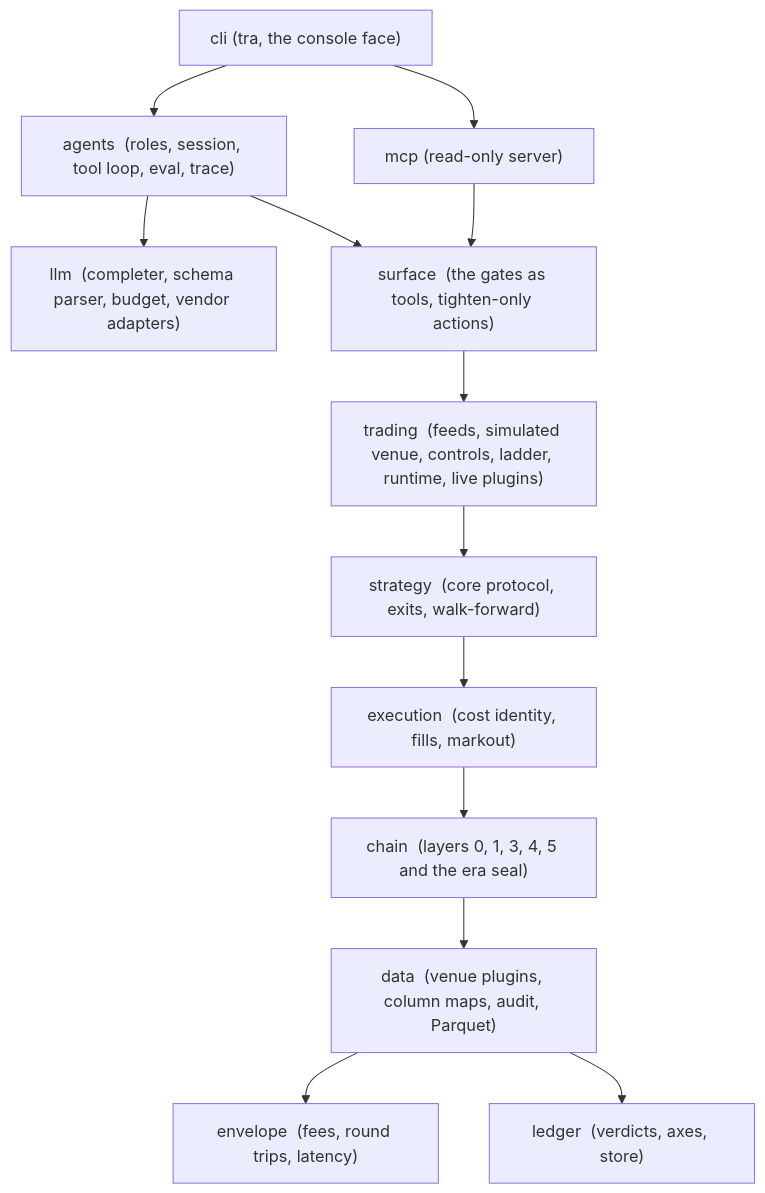
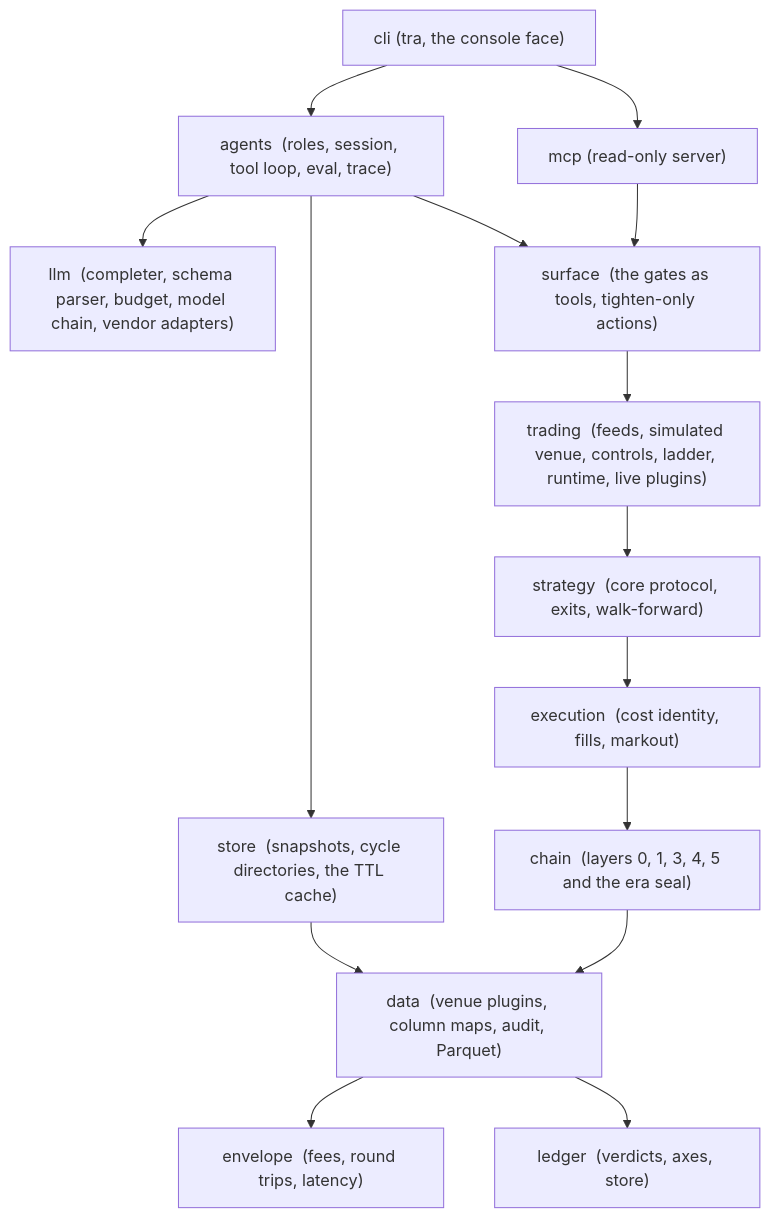
Before and after one commit to BijectiveLabs/bitra: the fourth of 4 diagrams in README.md, drawn with Mermaid. The commit also changed other lines of this file and 4 other files, not shown here.

````diff
--- a/README.md
+++ b/README.md
@@ -236,15 +235,17 @@
 ```mermaid
 flowchart TB
     cli["cli  (tra, the console face)"] --> agents["agents  (roles, session, tool loop, eval, trace)"]
     cli --> mcp["mcp  (read-only server)"]
-    agents --> llm["llm  (completer, schema parser, budget, vendor adapters)"]
+    agents --> llm["llm  (completer, schema parser, budget, model chain, vendor adapters)"]
+    agents --> store["store  (snapshots, cycle directories, the TTL cache)"]
     agents --> surface["surface  (the gates as tools, tighten-only actions)"]
     mcp --> surface
+    store --> data
     surface --> trading["trading  (feeds, simulated venue, controls, ladder, runtime, live plugins)"]
     trading --> strategy["strategy  (core protocol, exits, walk-forward)"]
     strategy --> execution["execution  (cost identity, fills, markout)"]
     execution --> chain["chain  (layers 0, 1, 3, 4, 5 and the era seal)"]
     chain --> data["data  (venue plugins, column maps, audit, Parquet)"]
     data --> envelope["envelope  (fees, round trips, latency)"]
     data --> ledger["ledger  (verdicts, axes, store)"]
 ```
````
